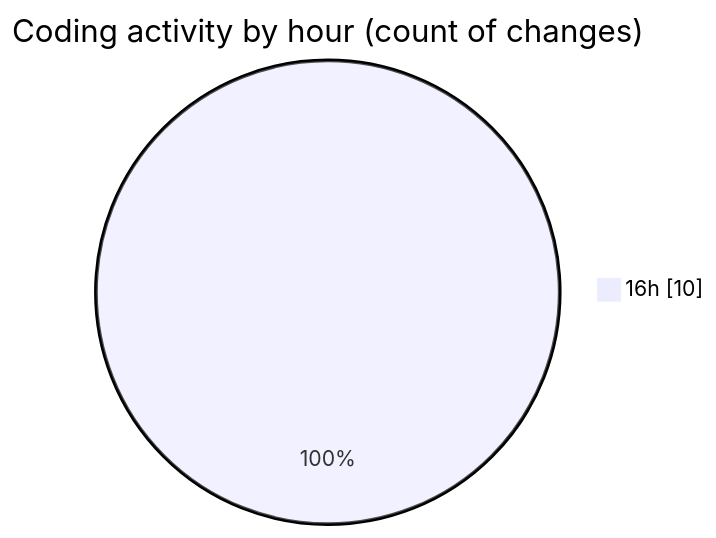
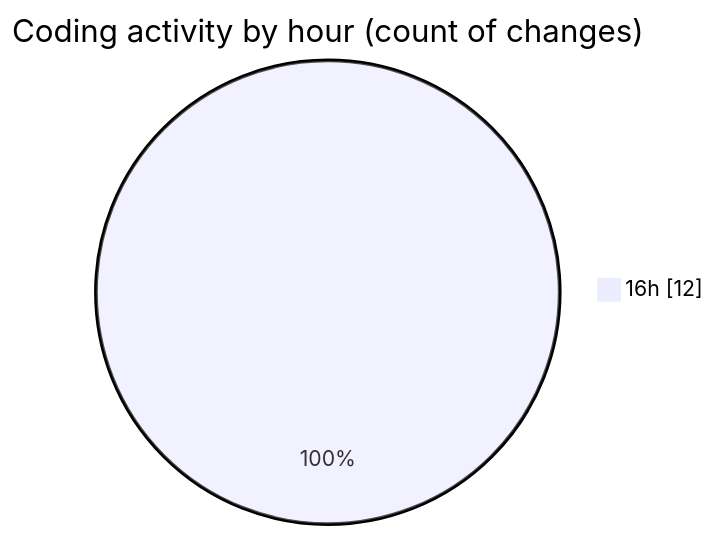
Before and after one commit to NitaiMahat/code-tracking: the second of 2 diagrams in 2025-02-05/coding_prac/README.md, drawn with Mermaid. The commit also changed other lines of this file and 1 other file, not shown here.

````diff
--- a/2025-02-05/coding_prac/README.md
+++ b/2025-02-05/coding_prac/README.md
@@ -31,5 +32,5 @@
 ```mermaid
 pie showData
 title Coding activity by hour (count of changes)
-"16h" : 10
+"16h" : 12
 ```
````
